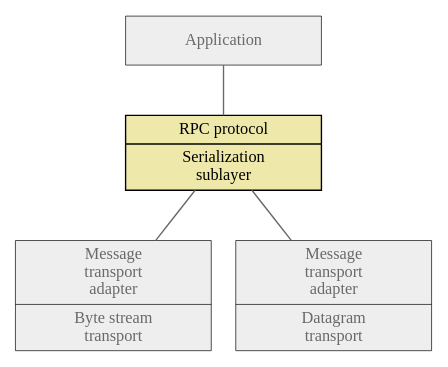
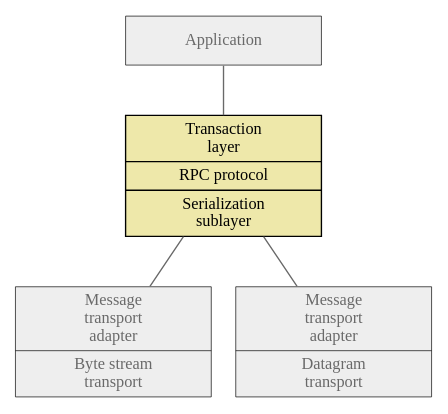
One commit to tamasseller/roll changed the first of 4 diagrams in INTERNALS.md. Above: the diagram before and after it, drawn with Graphviz. The commit also changed other lines of this file and 8 other files, not shown here.

````diff
--- a/INTERNALS.md
+++ b/INTERNALS.md
@@ -9,15 +10,15 @@
  ```dot
 graph G
 {
     node [shape=record, penwidth=0.5, fontcolor="dimgray",style=filled,fillcolor="#eeeeee", fontname="mono", fontsize=12, width=2];
     edge [color="dimgray"];
     app[label="Application"]
-    rpc[shape=record, label="{RPC protocol|Serialization \nsublayer}", penwidth=1, fontcolor="",fillcolor="palegoldenrod"]
+    rpc[shape=record, label="{Transaction\nlayer|RPC protocol|Serialization \nsublayer}", penwidth=1, fontcolor="",fillcolor="palegoldenrod"]
     tcp[label="{Message\ntransport\nadapter|Byte stream \ntransport}"]
     udp[label="{Message\ntransport\nadapter|Datagram \ntransport}"]
 
     app--rpc []
     rpc--tcp
     rpc--udp
 }
  ```
````
